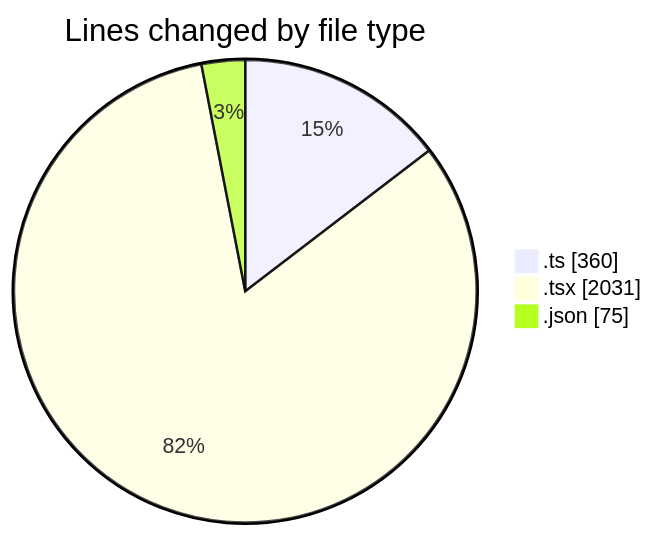
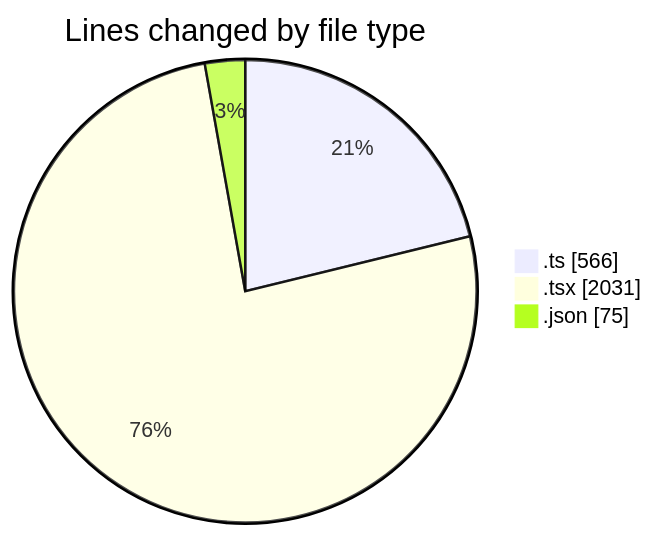
Before and after one commit to robertbonfada/code-tracking: the first of 2 diagrams in 2025-01-27/termonied-web/README.md, drawn with Mermaid. The commit also changed other lines of this file and 1 other file, not shown here.

````diff
--- a/2025-01-27/termonied-web/README.md
+++ b/2025-01-27/termonied-web/README.md
@@ -28,7 +28,7 @@
 ```mermaid
 pie showData
 title Lines changed by file type
-".ts" : 360
+".ts" : 566
 ".tsx" : 2031
 ".json" : 75
 ```
````
